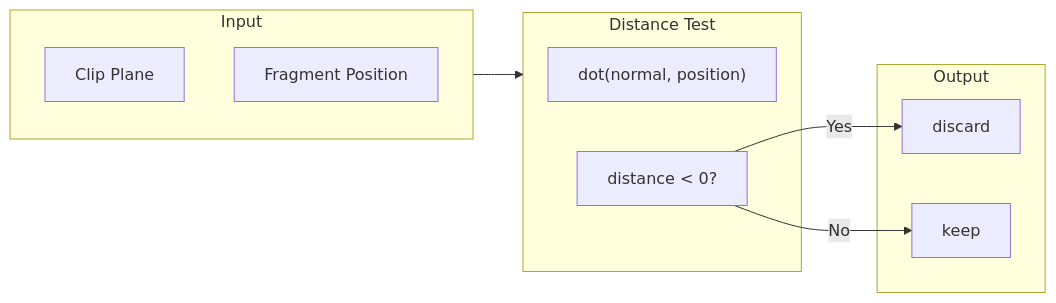
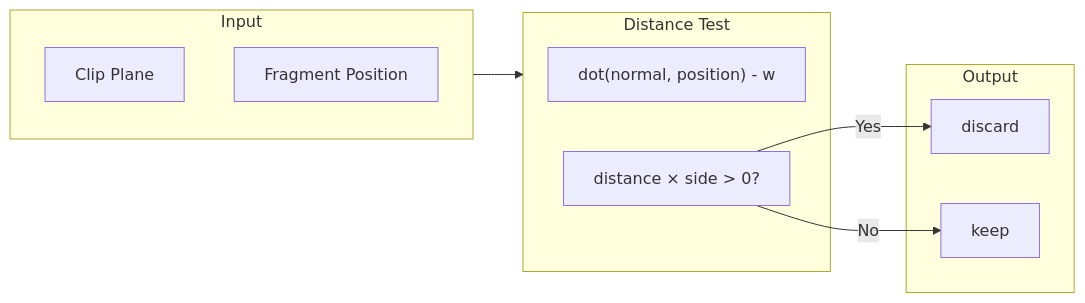
The eighth of 11 diagrams in docs/architecture/rendering-pipeline.md (LTplus-AG/ifc-lite), drawn with Mermaid before and after one commit. The commit also changed other lines of this file and 6 other files, not shown here.

First line of the commit message:
docs(architecture): match the pipeline docs to the current code

````diff
--- a/docs/architecture/rendering-pipeline.md
+++ b/docs/architecture/rendering-pipeline.md
@@ -452,21 +450,21 @@
 ```mermaid
 flowchart LR
     subgraph Input["Input"]
         Plane["Clip Plane"]
         Fragment["Fragment Position"]
     end
 
     subgraph Test["Distance Test"]
-        Dot["dot(normal, position)"]
-        Compare["distance < 0?"]
+        Dot["dot(normal, position) - w"]
+        Compare["distance × side > 0?"]
     end
 
     subgraph Output["Output"]
         Discard["discard"]
         Keep["keep"]
     end
 
     Input --> Test
     Compare -->|Yes| Discard
     Compare -->|No| Keep
 ```
````
